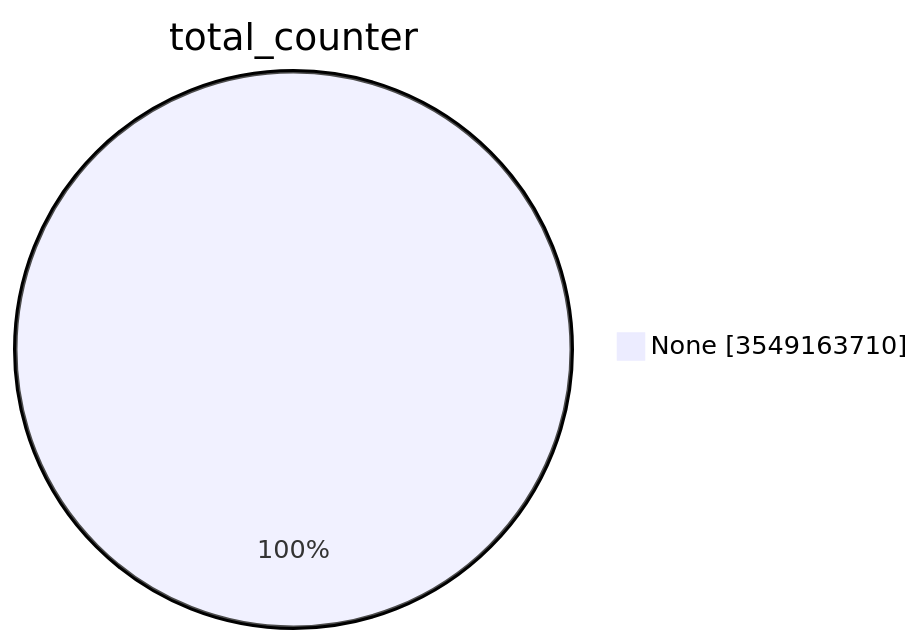
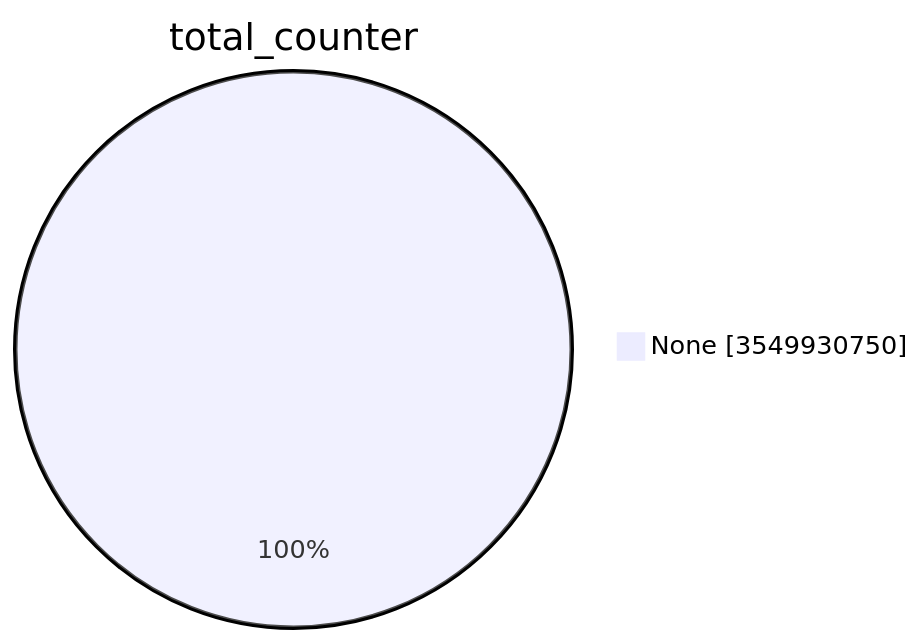
The first of 15 diagrams in TOTAL/README.md (christiankrug/ctmonitor_visualization), drawn with Mermaid before and after one commit. The commit also changed other lines of this file, not shown here.

````diff
--- a/TOTAL/README.md
+++ b/TOTAL/README.md
@@ -1,5 +1,5 @@
 ```mermaid
 pie showData
 title total_counter
-"None" :3549163710
+"None" :3549930750
 ```
````
